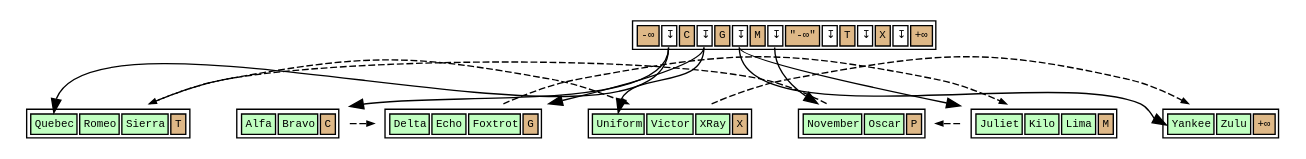
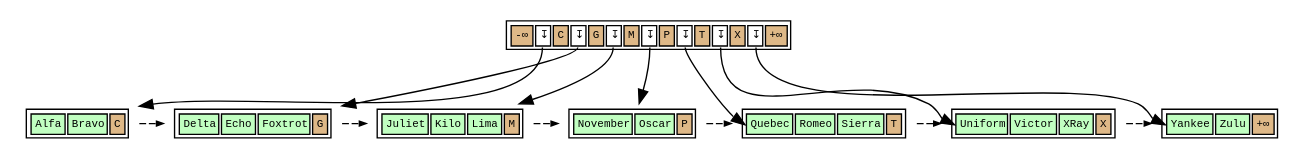
The diagram in lehman-yao-orthodox-btree-suffix-short.dot (petergeoghegan/pg_query_internals), drawn with Graphviz before and after one commit.

Commit message:
Fix short suffix trunc tree

```diff
--- a/lehman-yao-orthodox-btree-suffix-short.dot
+++ b/lehman-yao-orthodox-btree-suffix-short.dot
@@ -1,136 +1,137 @@
 // Example B-Tree graph
 //
 // Breadth-first order
 //
 // Start from root, go left to right
 //
 // Workflow:
 //
 // $ dot -T svg btree.dot -o btree.svg;
 
 digraph nbtree {
 graph [fontname = "monospace"];
 node [shape = none,height=.1,fontname = "monospace",fontsize=8];
 // Level 1 (root level)
 // Downlinks + highkey:
 rootnode[ label=<<table>
                     <tr>
                         <td bgcolor='burlywood' port="s0">-&infin;</td>
                         <td bgcolor='white' port="d0">&#8615;</td>
                         <td bgcolor='burlywood' port="s1">C</td>
                         <td bgcolor='white' port="d1">&#8615;</td>
                         <td bgcolor='burlywood' port="s2">G</td>
                         <td bgcolor='white' port="d2">&#8615;</td>
                         <td bgcolor='burlywood' port="s3">M</td>
                         <td bgcolor='white' port="d3">&#8615;</td>
-                        <td bgcolor='burlywood' port="s0">&quot;-&infin;&quot;</td>
-                        <td bgcolor='white' port="d0">&#8615;</td>
-                        <td bgcolor='burlywood' port="s1">T</td>
-                        <td bgcolor='white' port="d1">&#8615;</td>
-                        <td bgcolor='burlywood' port="s2">X</td>
-                        <td bgcolor='white' port="d2">&#8615;</td>
+                        <td bgcolor='burlywood' port="s4">P</td>
+                        <td bgcolor='white' port="d4">&#8615;</td>
+                        <td bgcolor='burlywood' port="s5">T</td>
+                        <td bgcolor='white' port="d5">&#8615;</td>
+                        <td bgcolor='burlywood' port="s6">X</td>
+                        <td bgcolor='white' port="d6">&#8615;</td>
                         <td bgcolor='burlywood' port="hk">+&infin;</td>
                     </tr>
                 </table>
                >
         ];
 // Downlink arrows to children:
 "rootnode":d0 -> "leftleafnode_1"
 "rootnode":d1 -> "leftleafnode_2"
 "rootnode":d2 -> "leftleafnode_3"
 "rootnode":d3 -> "leftleafnode_4"
-"rootnode":d0 -> "rightleafnode_1":t0
-"rootnode":d1 -> "rightleafnode_2":t0
-"rootnode":d2 -> "rightleafnode_3":t0
+// Still need this, to make arrows not overlap too much:
+"rootnode":d4 -> "leftleafnode_5":t0
+"rootnode":d5 -> "leftleafnode_6":t0
+"rootnode":d6 -> "leftleafnode_7":t0
 
 // sibling pointer:
 // (None)
 
 
 // Level 0 (leaf level)
 leftleafnode_1[ label=<<table>
                     <tr>
                         <td bgcolor='darkseagreen1' port="t0">Alfa</td>
                         <td bgcolor='darkseagreen1' port="t1">Bravo</td>
                         <td bgcolor='burlywood' port="hk">C</td>
                     </tr>
                 </table>
                >
         ];
 // sibling pointer:
 "leftleafnode_1" -> "leftleafnode_2"[constraint=false,color=black,style=dashed,arrowsize=0.5]
 leftleafnode_2[ label=<<table>
                     <tr>
                         <td bgcolor='darkseagreen1' port="t0">Delta</td>
                         <td bgcolor='darkseagreen1' port="t1">Echo</td>
                         <td bgcolor='darkseagreen1' port="t2">Foxtrot</td>
                         <td bgcolor='burlywood' port="hk">G</td>
                     </tr>
                 </table>
                >
         ];
 // sibling pointer:
 "leftleafnode_2" -> "leftleafnode_3"[constraint=false,color=black,style=dashed,arrowsize=0.5]
 leftleafnode_3[ label=<<table>
                     <tr>
                         <td bgcolor='darkseagreen1' port="t0">Juliet</td>
                         <td bgcolor='darkseagreen1' port="t1">Kilo</td>
                         <td bgcolor='darkseagreen1' port="t2">Lima</td>
                         <td bgcolor='burlywood' port="hk">M</td>
                     </tr>
                 </table>
                >
         ];
 // sibling pointer:
 "leftleafnode_3" -> "leftleafnode_4"[constraint=false,color=black,style=dashed,arrowsize=0.5]
 leftleafnode_4[ label=<<table>
                     <tr>
                         <td bgcolor='darkseagreen1' port="t0">November</td>
                         <td bgcolor='darkseagreen1' port="t1">Oscar</td>
                         <td bgcolor='burlywood' port="hk">P</td>
                     </tr>
                 </table>
                >
         ];
 // sibling pointer (not a cousin anymore):
-"leftleafnode_4" -> "rightleafnode_1"[constraint=false,color=black,style=dashed,arrowsize=0.5]
-rightleafnode_1[ label=<<table>
+"leftleafnode_4" -> "leftleafnode_5"[constraint=false,color=black,style=dashed,arrowsize=0.5]
+leftleafnode_5[ label=<<table>
                     <tr>
                         <td bgcolor='darkseagreen1' port="t0">Quebec</td>
                         <td bgcolor='darkseagreen1' port="t1">Romeo</td>
                         <td bgcolor='darkseagreen1' port="t2">Sierra</td>
                         <td bgcolor='burlywood' port="hk">T</td>
                     </tr>
                 </table>
                >
         ];
 // sibling pointer:
-"rightleafnode_1" -> "rightleafnode_2"[constraint=false,color=black,style=dashed,arrowsize=0.5]
-rightleafnode_2[ label=<<table>
+"leftleafnode_5" -> "leftleafnode_6"[constraint=false,color=black,style=dashed,arrowsize=0.5]
+leftleafnode_6[ label=<<table>
                     <tr>
                         <td bgcolor='darkseagreen1' port="t0">Uniform</td>
                         <td bgcolor='darkseagreen1' port="t1">Victor</td>
                         <td bgcolor='darkseagreen1' port="t2">XRay</td>
                         <td bgcolor='burlywood' port="hk">X</td>
                     </tr>
                 </table>
                >
         ];
 // sibling pointer:
-"rightleafnode_2" -> "rightleafnode_3"[constraint=false,color=black,style=dashed,arrowsize=0.5]
-rightleafnode_3[ label=<<table>
+"leftleafnode_6" -> "leftleafnode_7"[constraint=false,color=black,style=dashed,arrowsize=0.5]
+leftleafnode_7[ label=<<table>
                     <tr>
                         <td bgcolor='darkseagreen1' port="t0">Yankee</td>
                         <td bgcolor='darkseagreen1' port="t1">Zulu</td>
                         <td bgcolor='burlywood' port="hk">+&infin;</td>
                     </tr>
                 </table>
                >
         ];
 // sibling pointer:
 // (None)
 
-// Force alignment from root to internal to leaf levels:
+//Force alignment from root to internal to leaf levels:
 edge[style=invis];
-"rootnode":s1 -> "leftleafnode_4":hk
+"rootnode":s4 -> "leftleafnode_4":hk
 }
```
